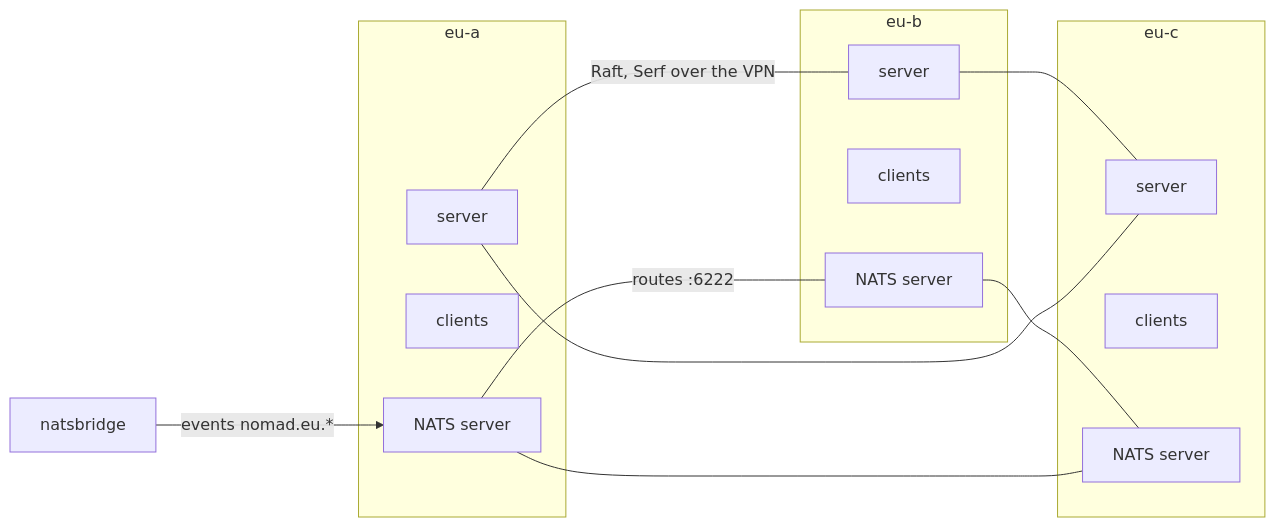
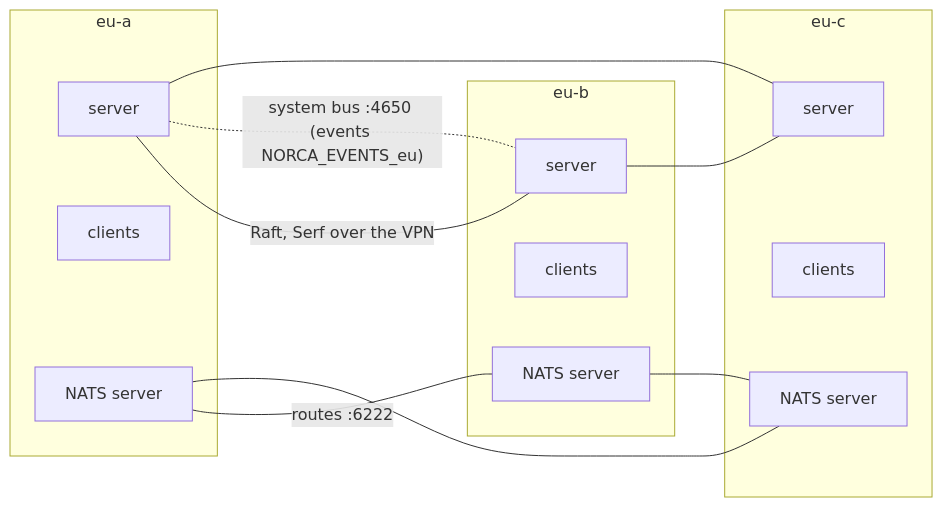
Before and after one commit to bacanoo-io/norca-doc: the diagram in content/docs/deployer/multi-datacenter.md, drawn with Mermaid. The commit also changed other lines of this file and 30 other files, not shown here.

First line of the commit message:
System bus; the NATS bridge is removed

````diff
--- a/content/docs/deployer/multi-datacenter.md
+++ b/content/docs/deployer/multi-datacenter.md
@@ -11,25 +11,25 @@
 ```mermaid
 flowchart LR
     subgraph A["eu-a"]
         SA["server"]
         CA["clients"]
         NA["NATS server"]
     end
     subgraph B["eu-b"]
         SB["server"]
         CB["clients"]
         NB["NATS server"]
     end
     subgraph C["eu-c"]
         SC["server"]
         CC["clients"]
         NC["NATS server"]
     end
     SA ---|"Raft, Serf over the VPN"| SB
     SB --- SC
     SC --- SA
     NA ---|"routes :6222"| NB
     NB --- NC
     NC --- NA
-    BR["natsbridge"] -->|"events nomad.eu.*"| NA
+    SA -.-|"system bus :4650 (events NORCA_EVENTS_eu)"| SB
 ```
````
